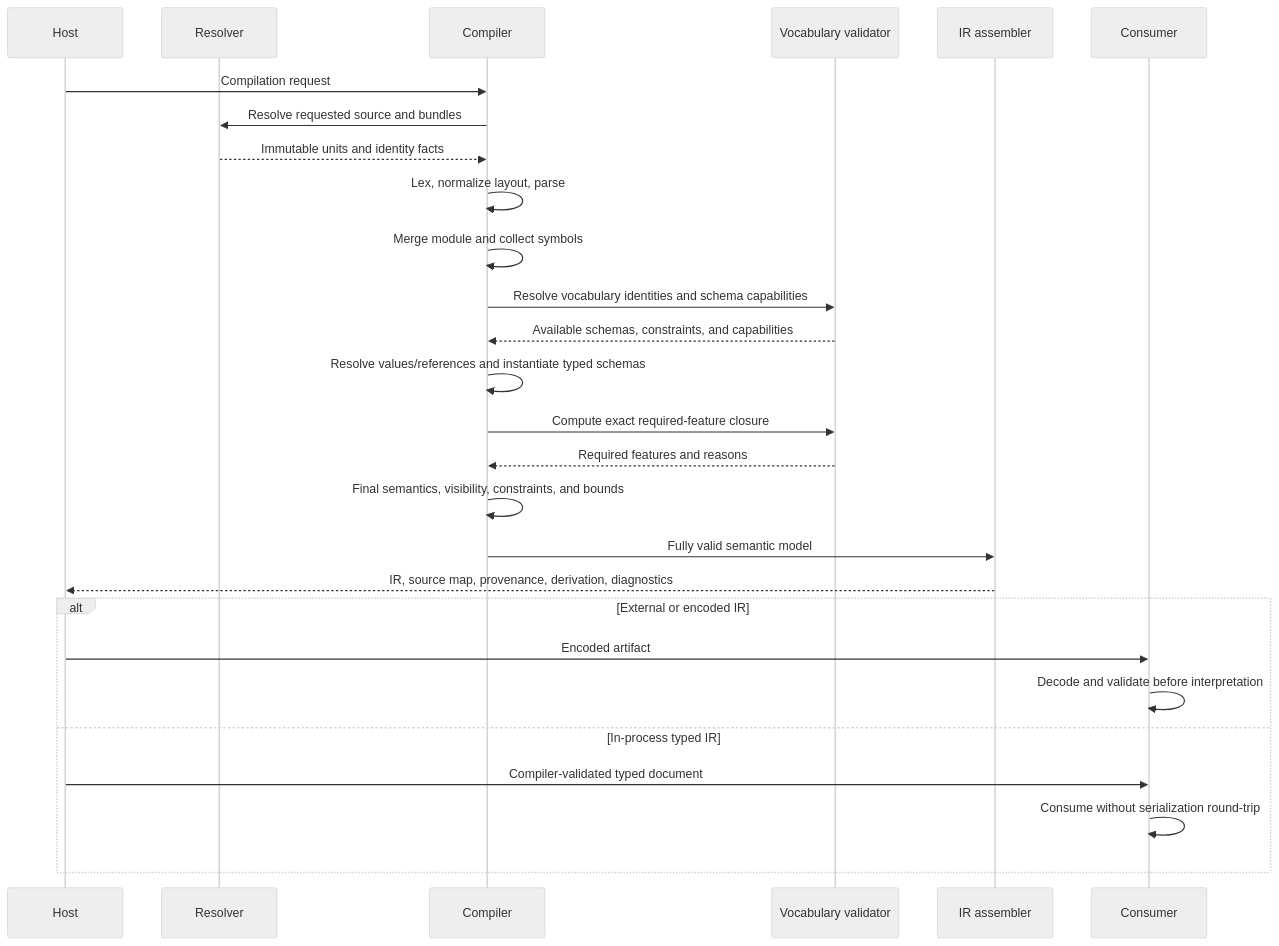
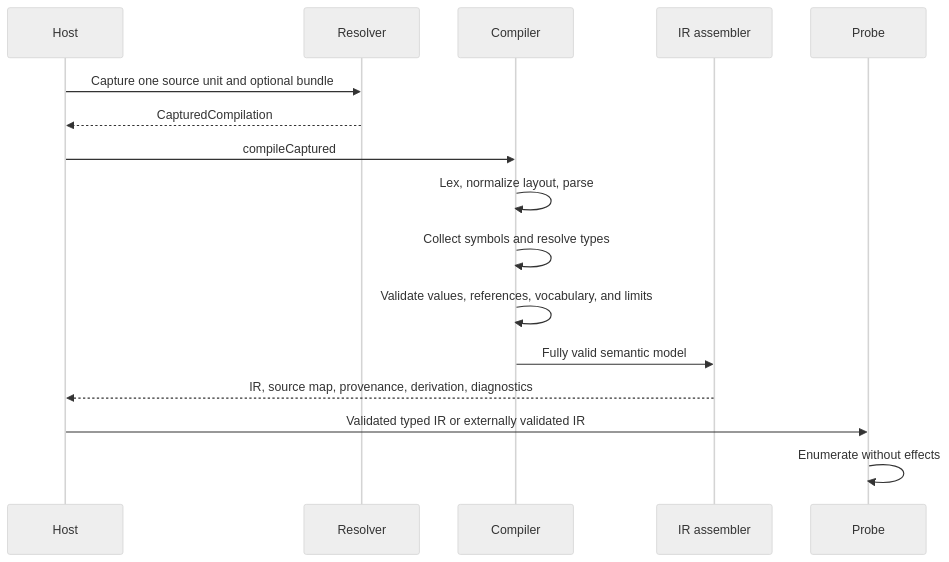
Before and after one commit to neutral-ecosystem/neutral-roadmap: the second of 2 diagrams in neutral-lang/ARCHITECTURE.md, drawn with Mermaid (neutral theme). The commit also changed other lines of this file and 39 other files, not shown here.

````diff
--- a/neutral-lang/ARCHITECTURE.md
+++ b/neutral-lang/ARCHITECTURE.md
@@ -460,30 +253,19 @@
 ```mermaid
 sequenceDiagram
     participant H as Host
     participant R as Resolver
     participant C as Compiler
-    participant V as Vocabulary validator
     participant I as IR assembler
-    participant X as Consumer
+    participant P as Probe
 
-    H->>C: Compilation request
-    C->>R: Resolve requested source and bundles
-    R-->>C: Immutable units and identity facts
+    H->>R: Capture one source unit and optional bundle
+    R-->>H: CapturedCompilation
+    H->>C: compileCaptured
     C->>C: Lex, normalize layout, parse
-    C->>C: Merge module and collect symbols
-    C->>V: Resolve vocabulary identities and schema capabilities
-    V-->>C: Available schemas, constraints, and capabilities
-    C->>C: Resolve values/references and instantiate typed schemas
-    C->>V: Compute exact required-feature closure
-    V-->>C: Required features and reasons
-    C->>C: Final semantics, visibility, constraints, and bounds
+    C->>C: Collect symbols and resolve types
+    C->>C: Validate values, references, vocabulary, and limits
     C->>I: Fully valid semantic model
     I-->>H: IR, source map, provenance, derivation, diagnostics
-    alt External or encoded IR
-        H->>X: Encoded artifact
-        X->>X: Decode and validate before interpretation
-    else In-process typed IR
-        H->>X: Compiler-validated typed document
-        X->>X: Consume without serialization round-trip
-    end
+    H->>P: Validated typed IR or externally validated IR
+    P->>P: Enumerate without effects
 ```
````
